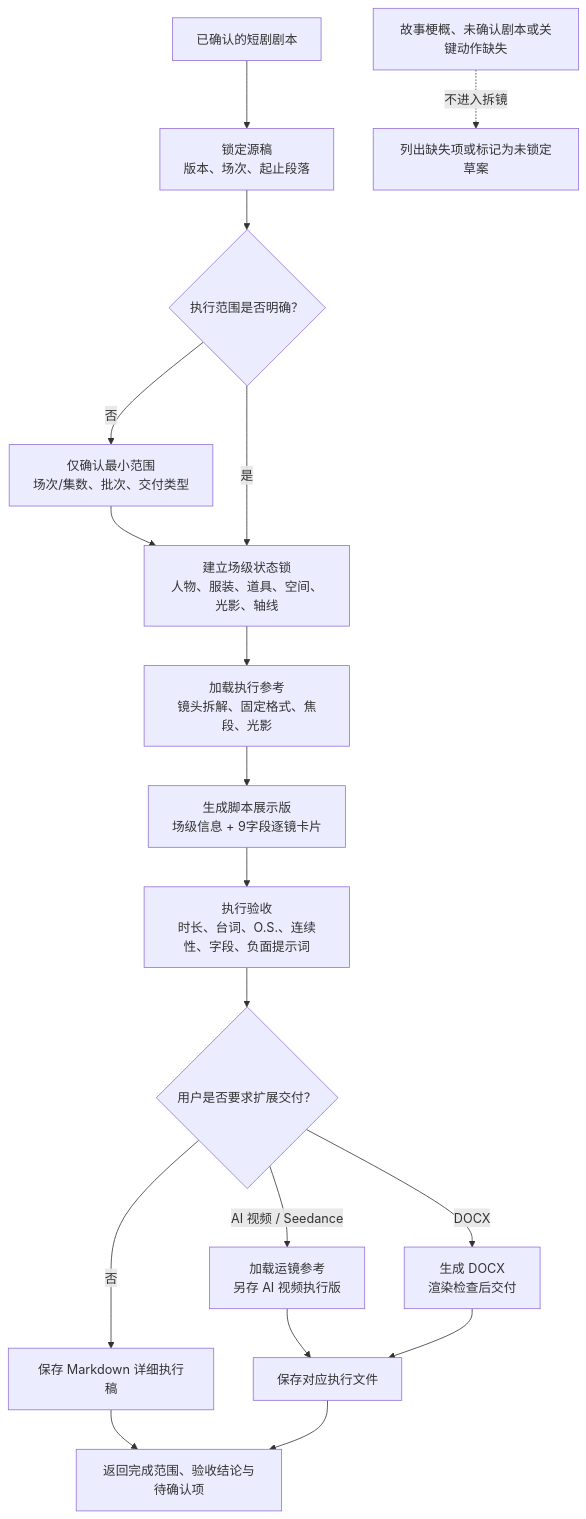
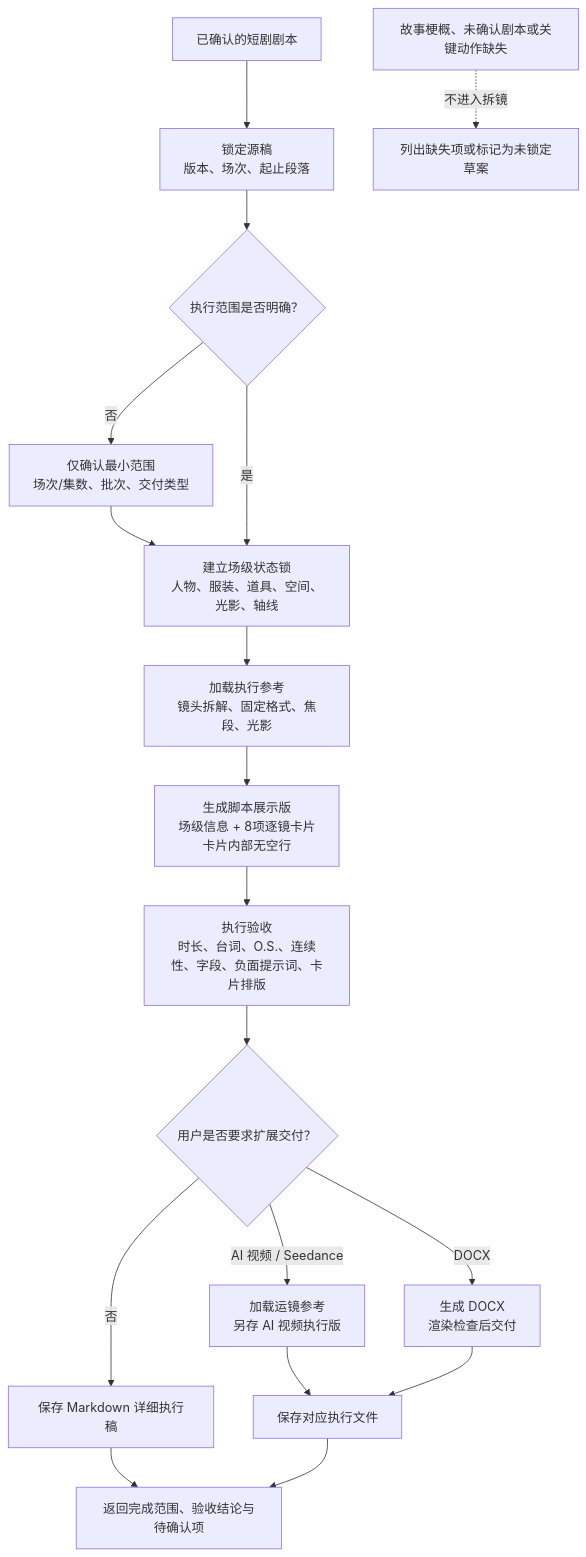
Before and after one commit to Sophiaii0/Short-Drama: the diagram in 流程图.md, drawn with Mermaid. The commit also changed 8 other files, not shown here.

````diff
--- a/流程图.md
+++ b/流程图.md
@@ -3,21 +3,21 @@
 ```mermaid
 flowchart TD
     A["已确认的短剧剧本"] --> B["锁定源稿<br/>版本、场次、起止段落"]
     B --> C{"执行范围是否明确？"}
     C -- "否" --> D["仅确认最小范围<br/>场次/集数、批次、交付类型"]
     D --> E["建立场级状态锁<br/>人物、服装、道具、空间、光影、轴线"]
     C -- "是" --> E
     E --> F["加载执行参考<br/>镜头拆解、固定格式、焦段、光影"]
-    F --> G["生成脚本展示版<br/>场级信息 + 9字段逐镜卡片"]
-    G --> H["执行验收<br/>时长、台词、O.S.、连续性、字段、负面提示词"]
+    F --> G["生成脚本展示版<br/>场级信息 + 8项逐镜卡片<br/>卡片内部无空行"]
+    G --> H["执行验收<br/>时长、台词、O.S.、连续性、字段、负面提示词、卡片排版"]
     H --> I{"用户是否要求扩展交付？"}
     I -- "否" --> J["保存 Markdown 详细执行稿"]
     I -- "AI 视频 / Seedance" --> K["加载运镜参考<br/>另存 AI 视频执行版"]
     I -- "DOCX" --> L["生成 DOCX<br/>渲染检查后交付"]
     K --> M["保存对应执行文件"]
     L --> M
     J --> N["返回完成范围、验收结论与待确认项"]
     M --> N
 
     X["故事梗概、未确认剧本或关键动作缺失"] -. "不进入拆镜" .-> Y["列出缺失项或标记为未锁定草案"]
 ```
````
